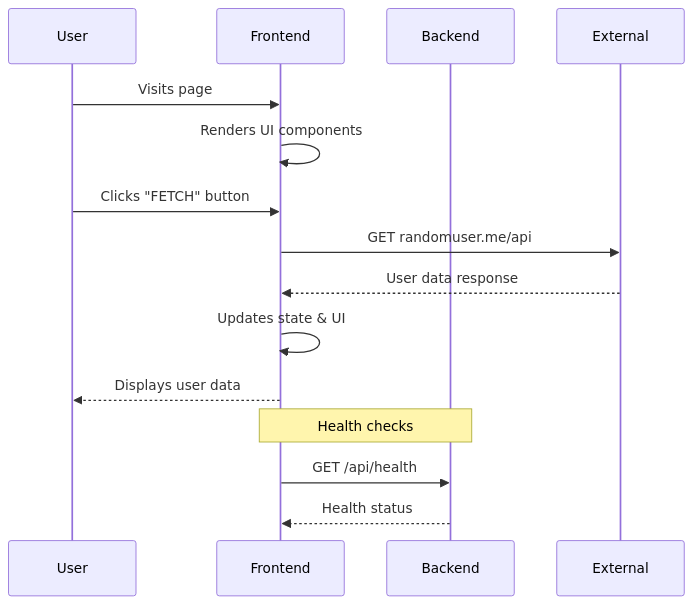
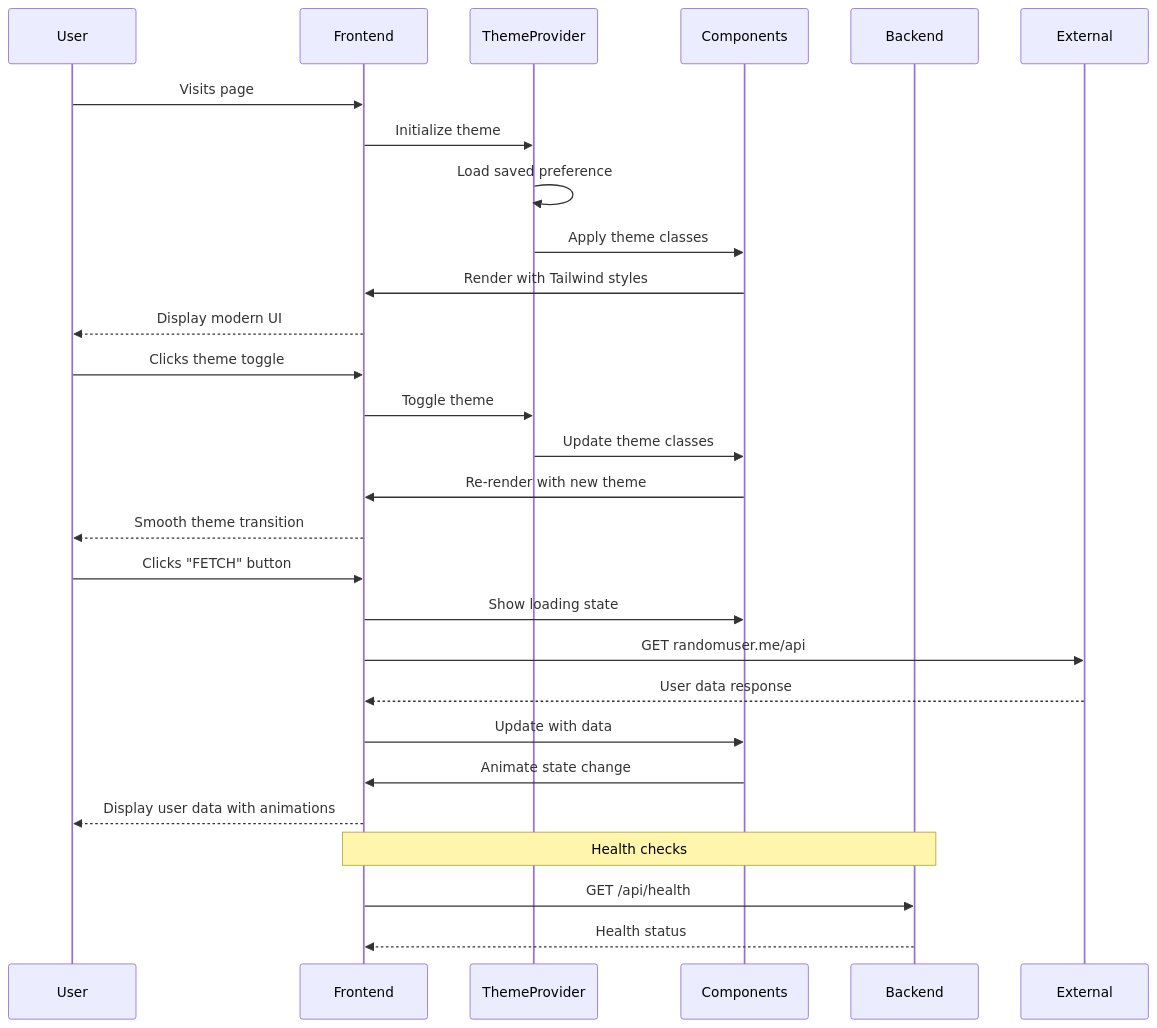
Before and after one commit to rjalexa/nextjs-fs-scaffold: the fourth of 5 diagrams in README.md, drawn with Mermaid. The commit also changed other lines of this file and 18 other files, not shown here.

Commit message:
transition from MUI to Tailwind/DaisyUI started

````diff
--- a/README.md
+++ b/README.md
@@ -308,19 +584,34 @@
 ```mermaid
 sequenceDiagram
     participant User
     participant Frontend
+    participant ThemeProvider
+    participant Components
     participant Backend
     participant External
     
     User->>Frontend: Visits page
-    Frontend->>Frontend: Renders UI components
+    Frontend->>ThemeProvider: Initialize theme
+    ThemeProvider->>ThemeProvider: Load saved preference
+    ThemeProvider->>Components: Apply theme classes
+    Components->>Frontend: Render with Tailwind styles
+    Frontend-->>User: Display modern UI
+    
+    User->>Frontend: Clicks theme toggle
+    Frontend->>ThemeProvider: Toggle theme
+    ThemeProvider->>Components: Update theme classes
+    Components->>Frontend: Re-render with new theme
+    Frontend-->>User: Smooth theme transition
+    
     User->>Frontend: Clicks "FETCH" button
+    Frontend->>Components: Show loading state
     Frontend->>External: GET randomuser.me/api
     External-->>Frontend: User data response
-    Frontend->>Frontend: Updates state & UI
-    Frontend-->>User: Displays user data
+    Frontend->>Components: Update with data
+    Components->>Frontend: Animate state change
+    Frontend-->>User: Display user data with animations
     
     Note over Frontend,Backend: Health checks
     Frontend->>Backend: GET /api/health
     Backend-->>Frontend: Health status
 ```
````
